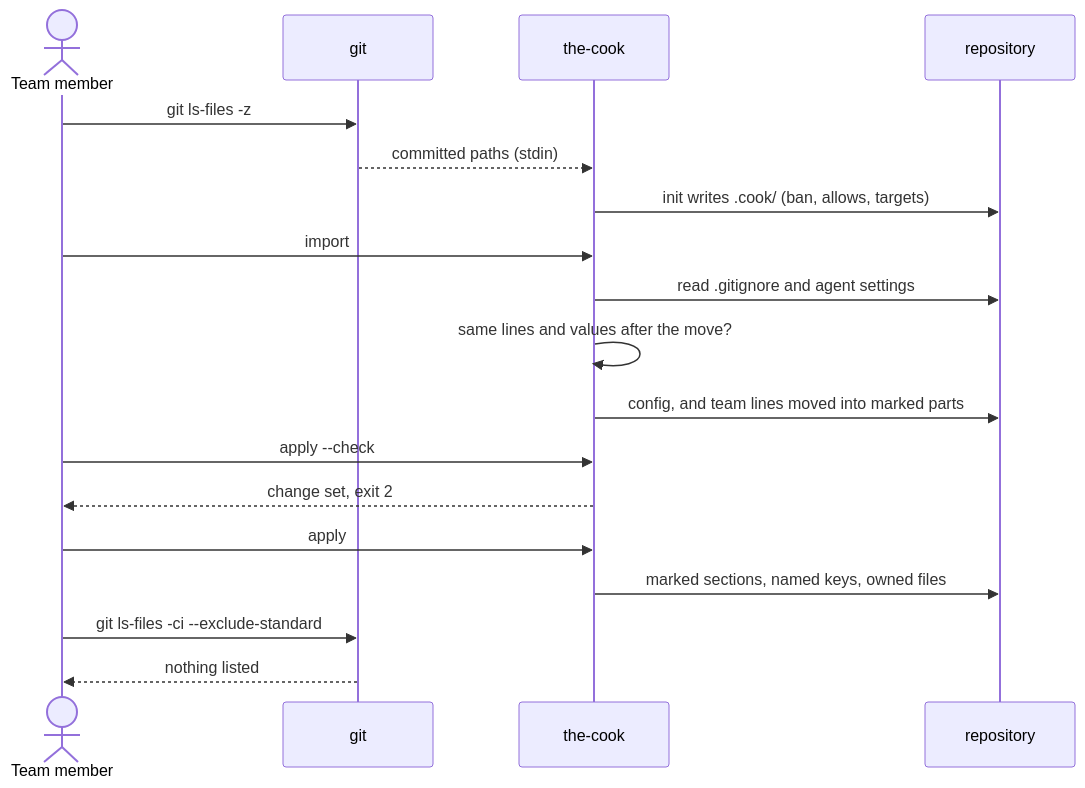
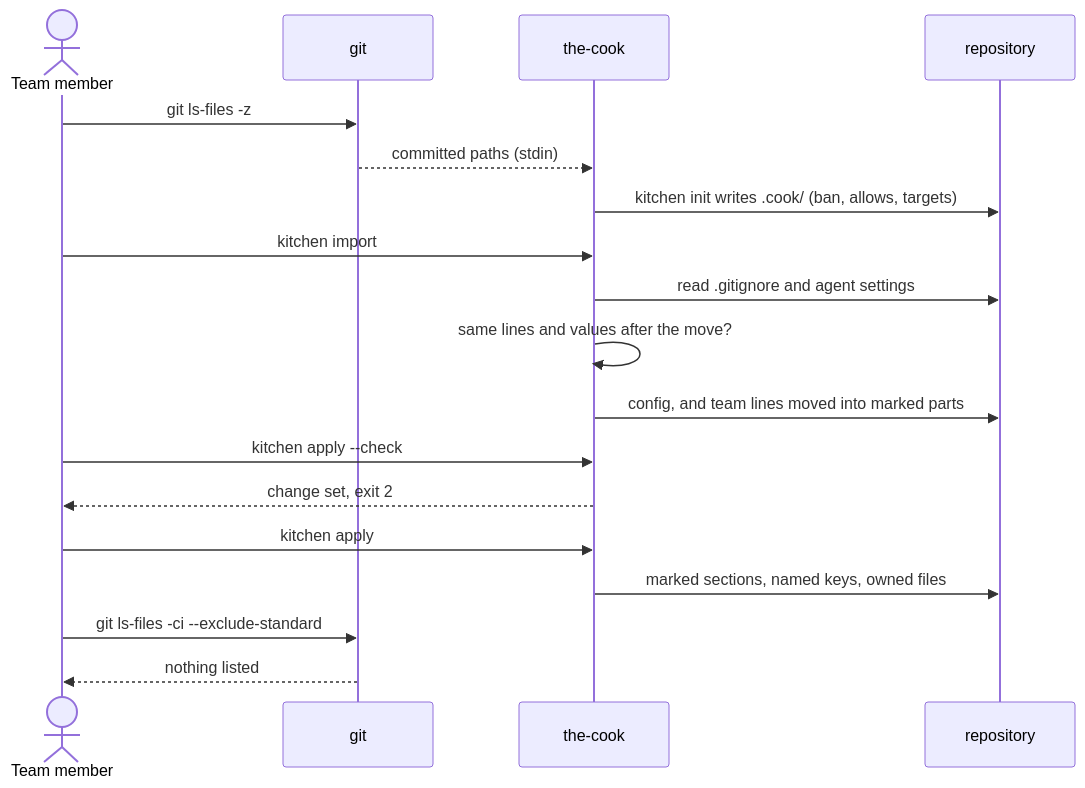
The second of 2 diagrams in docs/architecture.md (lmarqs/harness), drawn with Mermaid before and after one commit. The commit also changed other lines of this file, not shown here.

Commit message:
docs(architecture): two command scopes, kitchen and kit, with the same verbs

````diff
--- a/docs/architecture.md
+++ b/docs/architecture.md
@@ -437,20 +450,20 @@
 ```mermaid
 sequenceDiagram
     actor T as Team member
     participant G as git
     participant C as the-cook
     participant R as repository
     T->>G: git ls-files -z
     G-->>C: committed paths (stdin)
-    C->>R: init writes .cook/ (ban, allows, targets)
-    T->>C: import
+    C->>R: kitchen init writes .cook/ (ban, allows, targets)
+    T->>C: kitchen import
     C->>R: read .gitignore and agent settings
     C->>C: same lines and values after the move?
     C->>R: config, and team lines moved into marked parts
-    T->>C: apply --check
+    T->>C: kitchen apply --check
     C-->>T: change set, exit 2
-    T->>C: apply
+    T->>C: kitchen apply
     C->>R: marked sections, named keys, owned files
     T->>G: git ls-files -ci --exclude-standard
     G-->>T: nothing listed
 ```
````
